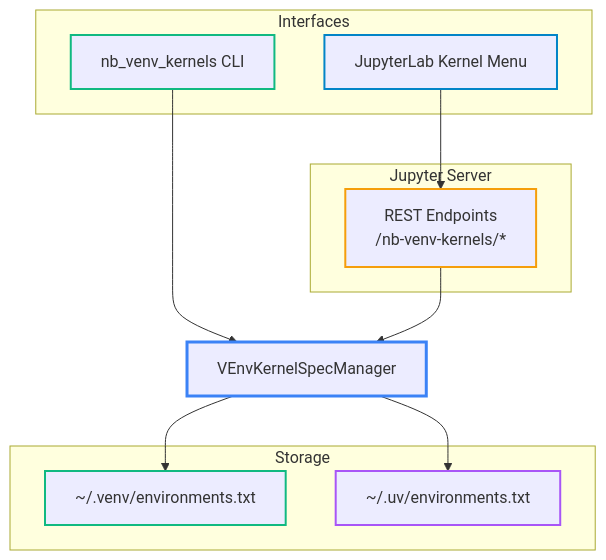
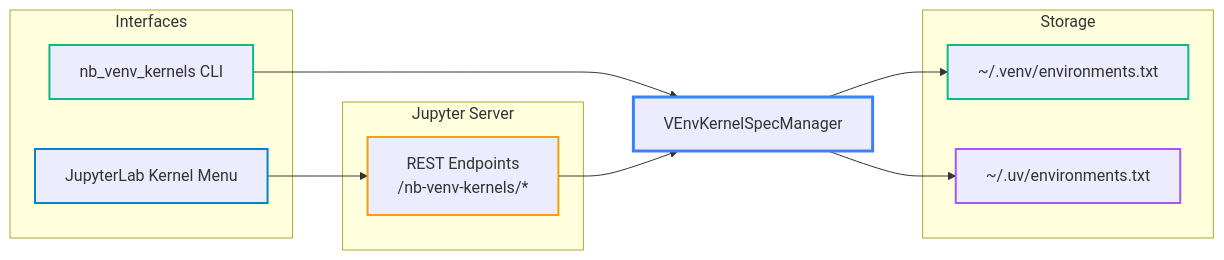
One commit to stellarshenson/nb_venv_kernels changed the second of 2 diagrams in README.md. Above: the diagram before and after it, drawn with Mermaid. The commit also changed 2 other files, not shown here.

Commit message:
chore: bump version to 1.1.22, update diagram layout

````diff
--- a/README.md
+++ b/README.md
@@ -206,31 +206,31 @@
 ```mermaid
-flowchart TB
+flowchart LR
     subgraph Interfaces
         CLI[nb_venv_kernels CLI]
         MENU[JupyterLab Kernel Menu]
     end
 
     subgraph Server[Jupyter Server]
         REST[REST Endpoints<br>/nb-venv-kernels/*]
     end
 
     MGR[VEnvKernelSpecManager]
 
     subgraph Storage
         VENV_REG[~/.venv/environments.txt]
         UV_REG[~/.uv/environments.txt]
     end
 
     CLI --> MGR
     MENU --> REST
     REST --> MGR
     MGR --> VENV_REG
     MGR --> UV_REG
 
     style CLI stroke:#10b981,stroke-width:2px
     style MENU stroke:#0284c7,stroke-width:2px
     style REST stroke:#f59e0b,stroke-width:2px
     style MGR stroke:#3b82f6,stroke-width:3px
     style VENV_REG stroke:#10b981,stroke-width:2px
     style UV_REG stroke:#a855f7,stroke-width:2px
 ```
````
